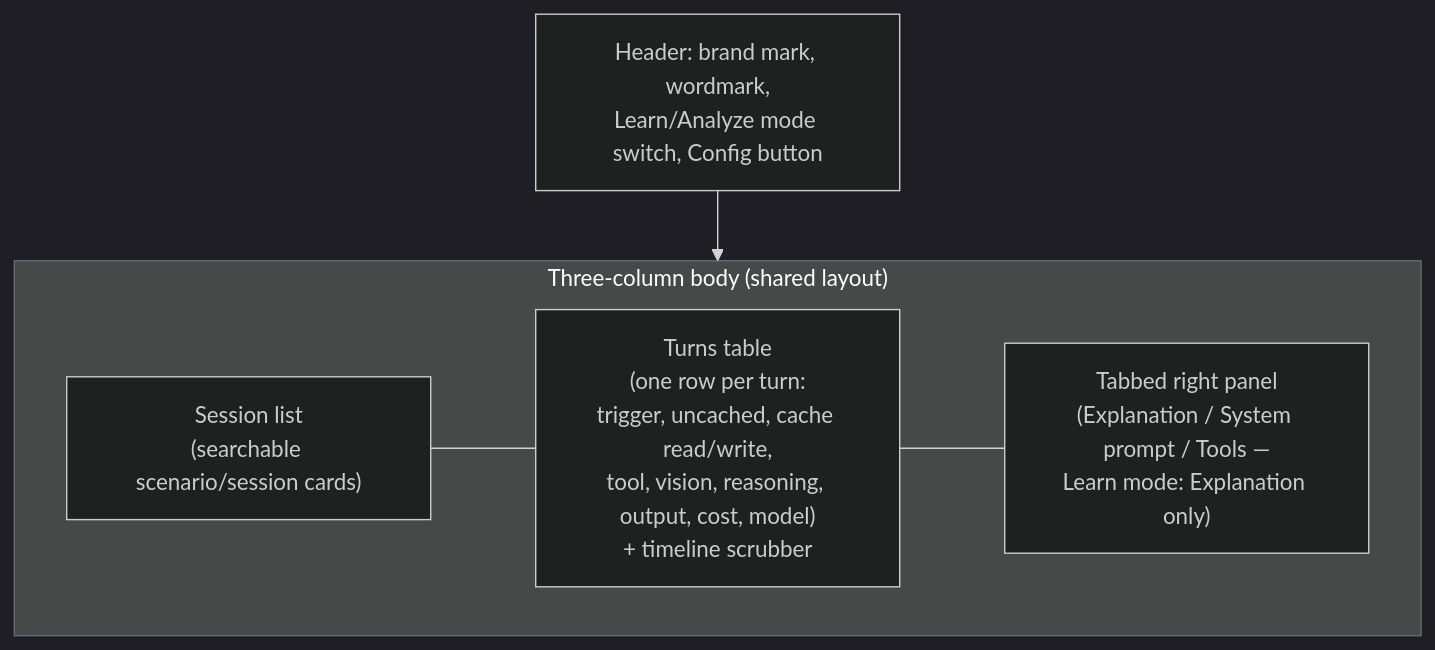
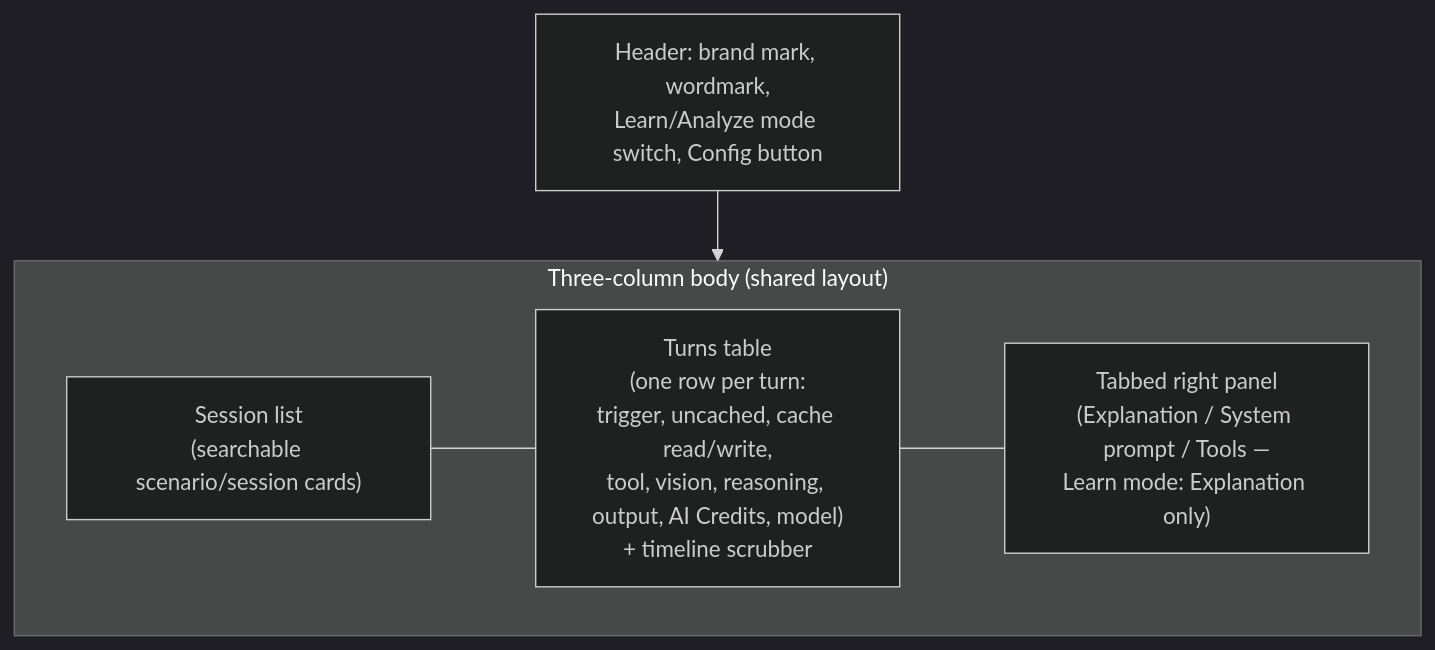
Before and after one commit to raulkivi/gh-cp-chat-analyser: the diagram in docs/vision.md, drawn with Mermaid (dark theme). The commit also changed other lines of this file and 39 other files, not shown here.

````diff
--- a/docs/vision.md
+++ b/docs/vision.md
@@ -76,12 +76,12 @@
 ```mermaid
 flowchart TB
     Header["Header: brand mark, wordmark,<br/>Learn/Analyze mode switch, Config button"]
     Header --> Main
     subgraph Main["Three-column body (shared layout)"]
         direction LR
         List["Session list<br/>(searchable scenario/session cards)"]
-        Center["Turns table<br/>(one row per turn:<br/>trigger, uncached, cache read/write,<br/>tool, vision, reasoning, output, cost, model)<br/>+ timeline scrubber"]
+        Center["Turns table<br/>(one row per turn:<br/>trigger, uncached, cache read/write,<br/>tool, vision, reasoning, output, AI Credits, model)<br/>+ timeline scrubber"]
         Right["Tabbed right panel<br/>(Explanation / System prompt / Tools —<br/>Learn mode: Explanation only)"]
         List --- Center --- Right
     end
 ```
````
